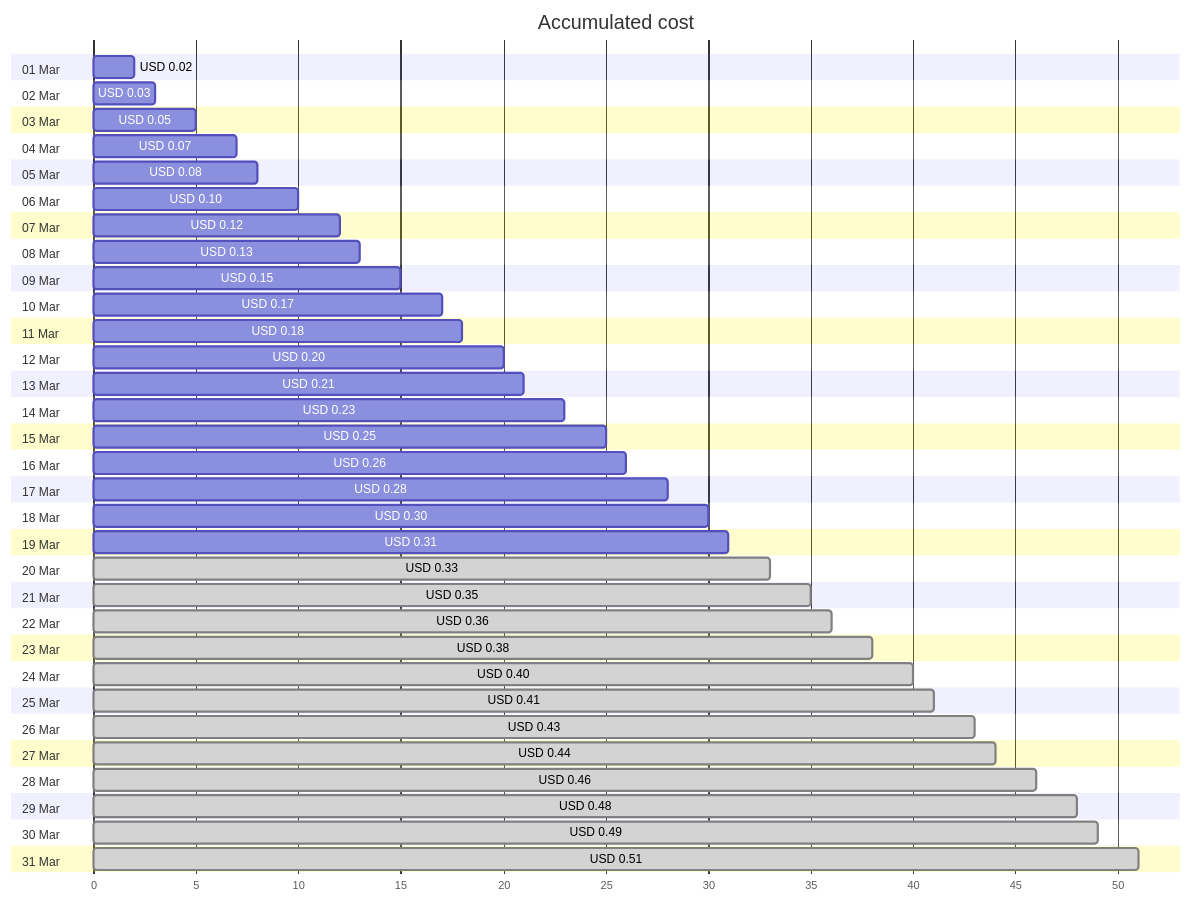
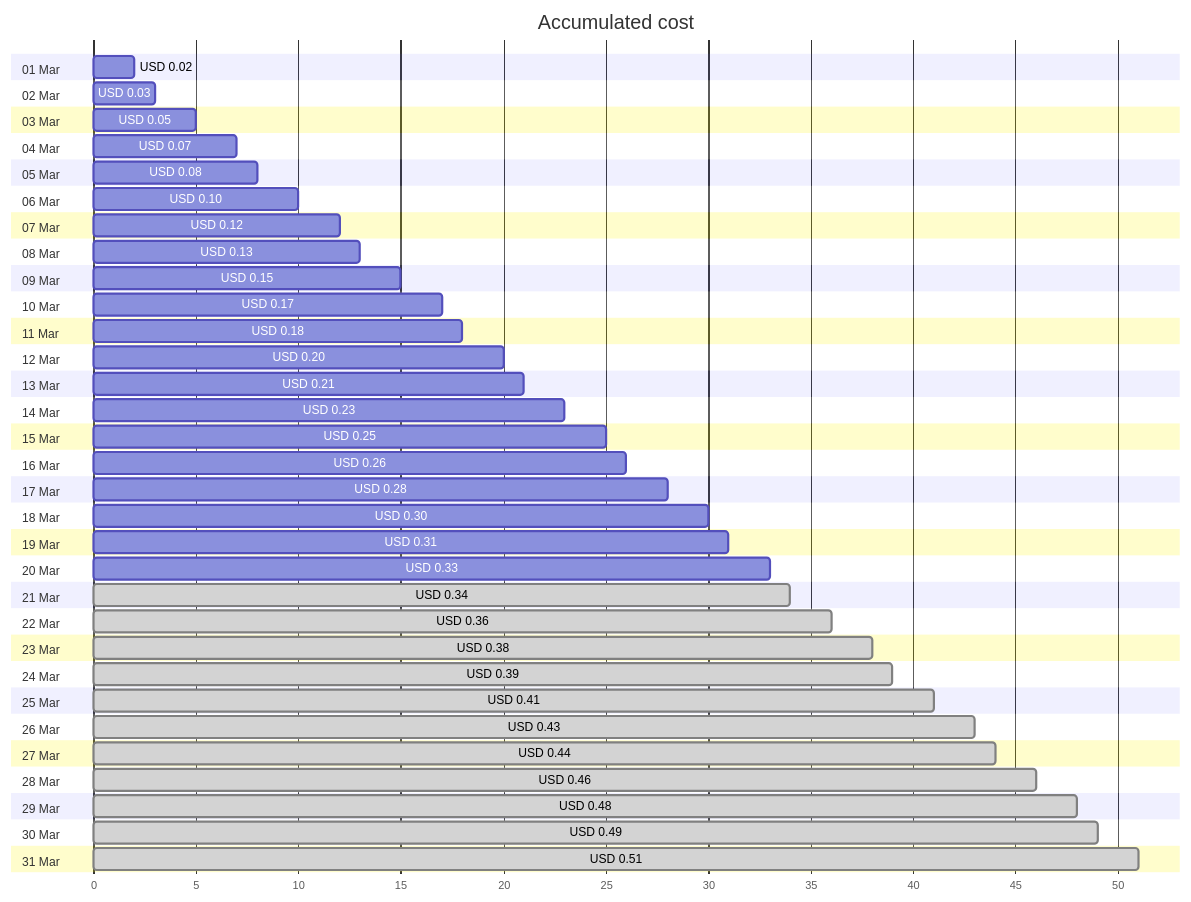
The first of 4 diagrams in cost-reports/personal-dns/jpatrickfulton.dev.md (jpfulton/azure-personal-reports), drawn with Mermaid before and after one commit. The commit also changed other lines of this file and 2 other files, not shown here.

````diff
--- a/cost-reports/personal-dns/jpatrickfulton.dev.md
+++ b/cost-reports/personal-dns/jpatrickfulton.dev.md
@@ -20,68 +20,68 @@
 ```mermaid
 gantt
    title Accumulated cost
    dateFormat  X
    axisFormat %s
    section 01 Mar
    USD 0.02 :0, 2
    section 02 Mar
    USD 0.03 :0, 3
    section 03 Mar
    USD 0.05 :0, 5
    section 04 Mar
    USD 0.07 :0, 7
    section 05 Mar
    USD 0.08 :0, 8
    section 06 Mar
    USD 0.10 :0, 10
    section 07 Mar
    USD 0.12 :0, 12
    section 08 Mar
    USD 0.13 :0, 13
    section 09 Mar
    USD 0.15 :0, 15
    section 10 Mar
    USD 0.17 :0, 17
    section 11 Mar
    USD 0.18 :0, 18
    section 12 Mar
    USD 0.20 :0, 20
    section 13 Mar
    USD 0.21 :0, 21
    section 14 Mar
    USD 0.23 :0, 23
    section 15 Mar
    USD 0.25 :0, 25
    section 16 Mar
    USD 0.26 :0, 26
    section 17 Mar
    USD 0.28 :0, 28
    section 18 Mar
    USD 0.30 :0, 30
    section 19 Mar
    USD 0.31 :0, 31
    section 20 Mar
-   USD 0.33 : done, 0, 33
+   USD 0.33 :0, 33
    section 21 Mar
-   USD 0.35 : done, 0, 35
+   USD 0.34 : done, 0, 34
    section 22 Mar
    USD 0.36 : done, 0, 36
    section 23 Mar
    USD 0.38 : done, 0, 38
    section 24 Mar
-   USD 0.40 : done, 0, 40
+   USD 0.39 : done, 0, 39
    section 25 Mar
    USD 0.41 : done, 0, 41
    section 26 Mar
    USD 0.43 : done, 0, 43
    section 27 Mar
    USD 0.44 : done, 0, 44
    section 28 Mar
    USD 0.46 : done, 0, 46
    section 29 Mar
    USD 0.48 : done, 0, 48
    section 30 Mar
    USD 0.49 : done, 0, 49
    section 31 Mar
    USD 0.51 : done, 0, 51
 ```
````
